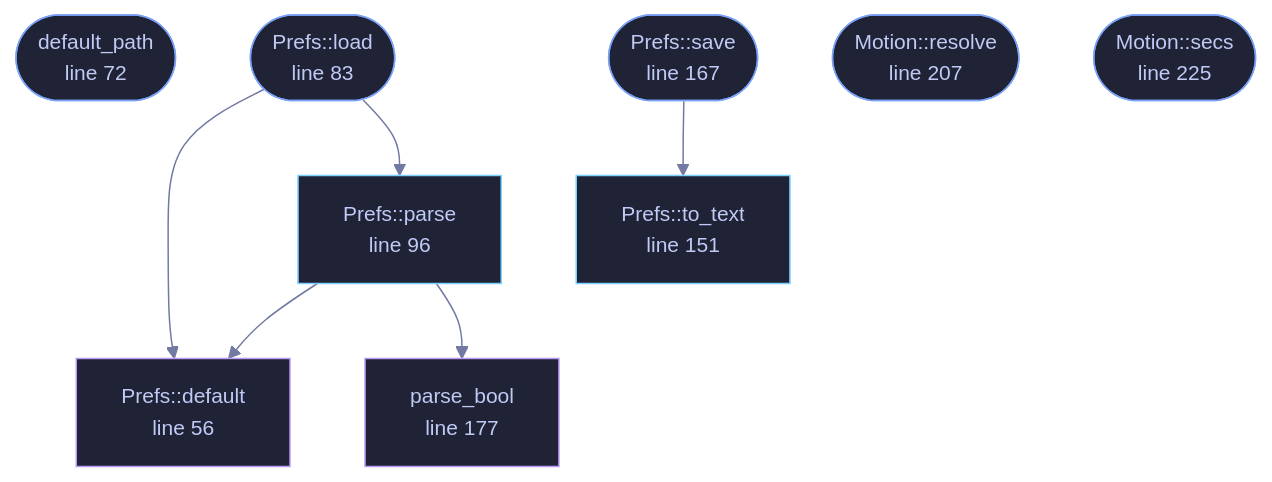
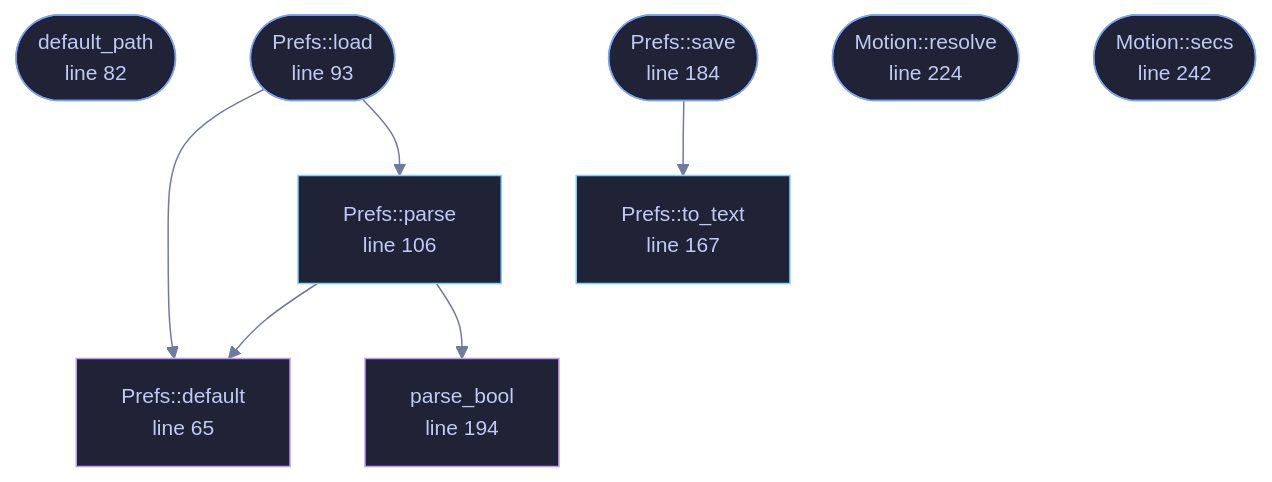
The diagram in wiki/File-veilvoice-gui-prefs.md (tilas01/veilvoice), drawn with Mermaid before and after one commit. The commit also changed other lines of this file and 37 other files, not shown here.

````diff
--- a/wiki/File-veilvoice-gui-prefs.md
+++ b/wiki/File-veilvoice-gui-prefs.md
@@ -81,33 +81,33 @@
 ```mermaid
 %%{init: {"theme":"base","themeVariables":{"background":"#1a1b26","primaryColor":"#1f2335","primaryTextColor":"#c0caf5","primaryBorderColor":"#7aa2f7","secondaryColor":"#16161e","tertiaryColor":"#16161e","lineColor":"#737aa2","textColor":"#c0caf5","mainBkg":"#1f2335","nodeBorder":"#7aa2f7","clusterBkg":"#16161e","clusterBorder":"#2f3549","fontFamily":"ui-monospace, SFMono-Regular, Consolas, monospace","fontSize":"14px"}}}%%
 flowchart TD
-    n_default["Prefs::default<br/>line 56"]
-    n_default_path(["default_path<br/>line 72"])
-    n_load(["Prefs::load<br/>line 83"])
-    n_parse["Prefs::parse<br/>line 96"]
-    n_to_text["Prefs::to_text<br/>line 151"]
-    n_save(["Prefs::save<br/>line 167"])
-    n_parse_bool["parse_bool<br/>line 177"]
-    n_resolve(["Motion::resolve<br/>line 207"])
-    n_secs(["Motion::secs<br/>line 225"])
+    n_default["Prefs::default<br/>line 65"]
+    n_default_path(["default_path<br/>line 82"])
+    n_load(["Prefs::load<br/>line 93"])
+    n_parse["Prefs::parse<br/>line 106"]
+    n_to_text["Prefs::to_text<br/>line 167"]
+    n_save(["Prefs::save<br/>line 184"])
+    n_parse_bool["parse_bool<br/>line 194"]
+    n_resolve(["Motion::resolve<br/>line 224"])
+    n_secs(["Motion::secs<br/>line 242"])
     n_load --> n_default
     n_load --> n_parse
     n_parse --> n_default
     n_parse --> n_parse_bool
     n_save --> n_to_text
-    click n_default href "https://github.com/tilas01/veilvoice/blob/main/crates/veilvoice-gui/src/prefs.rs#L56" "open the source"
-    click n_default_path href "https://github.com/tilas01/veilvoice/blob/main/crates/veilvoice-gui/src/prefs.rs#L72" "open the source"
-    click n_load href "https://github.com/tilas01/veilvoice/blob/main/crates/veilvoice-gui/src/prefs.rs#L83" "open the source"
-    click n_parse href "https://github.com/tilas01/veilvoice/blob/main/crates/veilvoice-gui/src/prefs.rs#L96" "open the source"
-    click n_to_text href "https://github.com/tilas01/veilvoice/blob/main/crates/veilvoice-gui/src/prefs.rs#L151" "open the source"
-    click n_save href "https://github.com/tilas01/veilvoice/blob/main/crates/veilvoice-gui/src/prefs.rs#L167" "open the source"
-    click n_parse_bool href "https://github.com/tilas01/veilvoice/blob/main/crates/veilvoice-gui/src/prefs.rs#L177" "open the source"
-    click n_resolve href "https://github.com/tilas01/veilvoice/blob/main/crates/veilvoice-gui/src/prefs.rs#L207" "open the source"
-    click n_secs href "https://github.com/tilas01/veilvoice/blob/main/crates/veilvoice-gui/src/prefs.rs#L225" "open the source"
+    click n_default href "https://github.com/tilas01/veilvoice/blob/main/crates/veilvoice-gui/src/prefs.rs#L65" "open the source"
+    click n_default_path href "https://github.com/tilas01/veilvoice/blob/main/crates/veilvoice-gui/src/prefs.rs#L82" "open the source"
+    click n_load href "https://github.com/tilas01/veilvoice/blob/main/crates/veilvoice-gui/src/prefs.rs#L93" "open the source"
+    click n_parse href "https://github.com/tilas01/veilvoice/blob/main/crates/veilvoice-gui/src/prefs.rs#L106" "open the source"
+    click n_to_text href "https://github.com/tilas01/veilvoice/blob/main/crates/veilvoice-gui/src/prefs.rs#L167" "open the source"
+    click n_save href "https://github.com/tilas01/veilvoice/blob/main/crates/veilvoice-gui/src/prefs.rs#L184" "open the source"
+    click n_parse_bool href "https://github.com/tilas01/veilvoice/blob/main/crates/veilvoice-gui/src/prefs.rs#L194" "open the source"
+    click n_resolve href "https://github.com/tilas01/veilvoice/blob/main/crates/veilvoice-gui/src/prefs.rs#L224" "open the source"
+    click n_secs href "https://github.com/tilas01/veilvoice/blob/main/crates/veilvoice-gui/src/prefs.rs#L242" "open the source"
     classDef entry fill:#1f2335,stroke:#7aa2f7,color:#c0caf5
     class n_default_path,n_load,n_save,n_resolve,n_secs entry
     classDef api fill:#1f2335,stroke:#7dcfff,color:#c0caf5
     class n_parse,n_to_text api
     classDef helper fill:#1f2335,stroke:#bb9af7,color:#c0caf5
     class n_default,n_parse_bool helper
 ```
````
